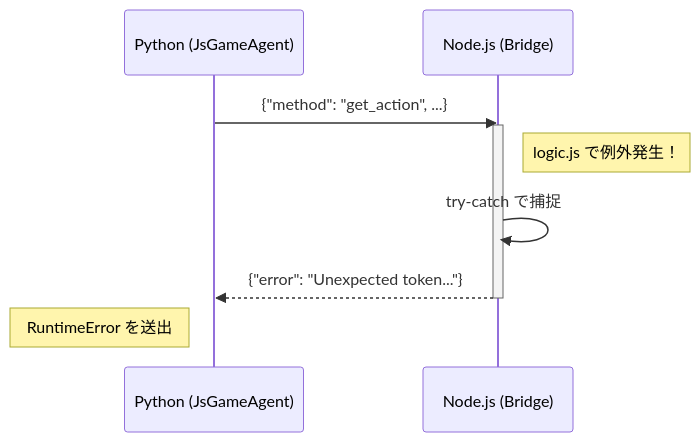
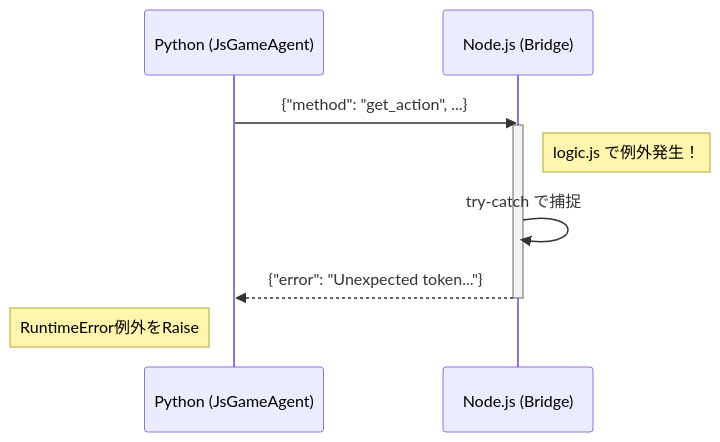
One commit to masanori-satake/refactoring-battle-arena changed the fourth of 7 diagrams in docs/ARCHITECTURE.md. Above: the diagram before and after it, drawn with Mermaid. The commit also changed other lines of this file and 3 other files, not shown here.

````diff
--- a/docs/ARCHITECTURE.md
+++ b/docs/ARCHITECTURE.md
@@ -117,13 +119,13 @@
 ```mermaid
 sequenceDiagram
     participant P as Python (JsGameAgent)
     participant J as Node.js (Bridge)
 
     P->>J: {"method": "get_action", ...}
     activate J
     Note right of J: logic.js で例外発生！
     J->>J: try-catch で捕捉
     J-->>P: {"error": "Unexpected token..."}
     deactivate J
-    Note left of P: RuntimeError を送出
+    Note left of P: RuntimeError例外をRaise
 ```
````
